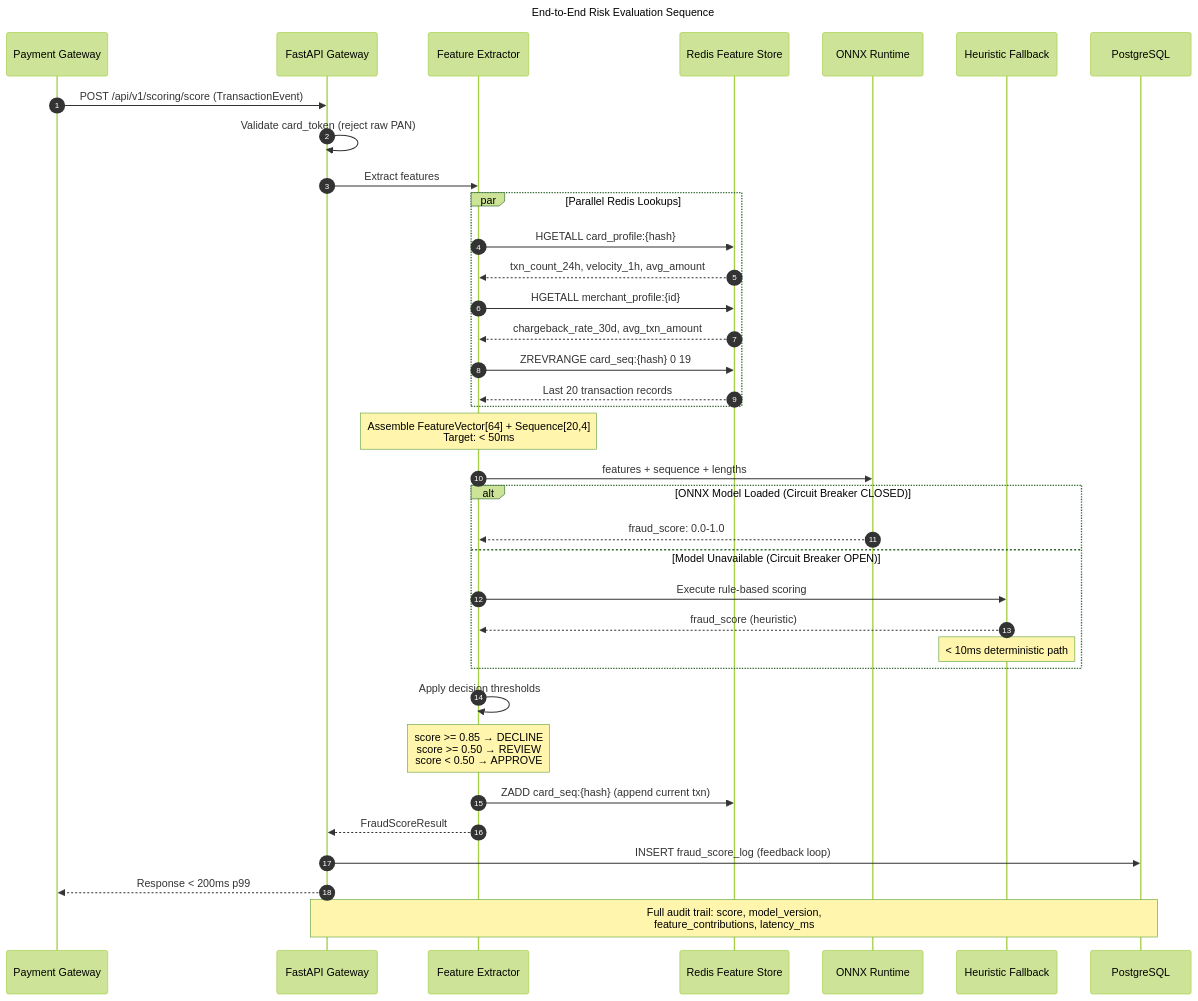
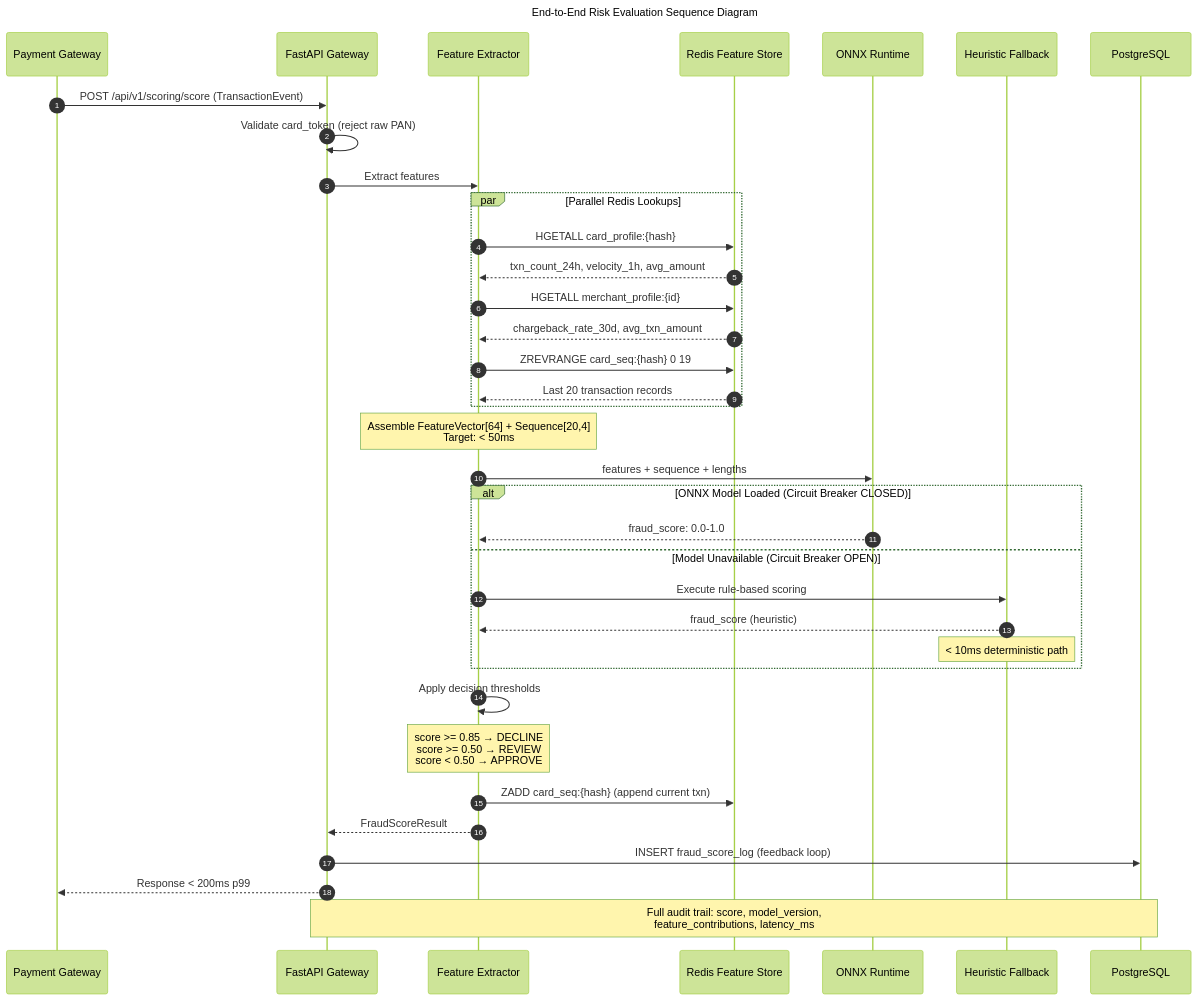
One commit to AbhinavKhareTech/toast-fraud-guardian changed the diagram in docs/diagrams/02-risk-evaluation-sequence.md. Above: the diagram before and after it, drawn with Mermaid (forest theme).

````diff
--- a/docs/diagrams/02-risk-evaluation-sequence.md
+++ b/docs/diagrams/02-risk-evaluation-sequence.md
@@ -1,50 +1,50 @@
 ```mermaid
 ---
-title: End-to-End Risk Evaluation Sequence
+title: End-to-End Risk Evaluation Sequence Diagram
 ---
 sequenceDiagram
     autonumber
     participant PG as Payment Gateway
     participant API as FastAPI Gateway
     participant FE as Feature Extractor
     participant REDIS as Redis Feature Store
     participant ONNX as ONNX Runtime
     participant HF as Heuristic Fallback
     participant DB as PostgreSQL
 
     PG->>API: POST /api/v1/scoring/score (TransactionEvent)
     API->>API: Validate card_token (reject raw PAN)
     API->>FE: Extract features
 
     par Parallel Redis Lookups
         FE->>REDIS: HGETALL card_profile:{hash}
         REDIS-->>FE: txn_count_24h, velocity_1h, avg_amount
         FE->>REDIS: HGETALL merchant_profile:{id}
         REDIS-->>FE: chargeback_rate_30d, avg_txn_amount
         FE->>REDIS: ZREVRANGE card_seq:{hash} 0 19
         REDIS-->>FE: Last 20 transaction records
     end
 
     Note over FE: Assemble FeatureVector[64] + Sequence[20,4]<br/>Target: < 50ms
 
     FE->>ONNX: features + sequence + lengths
 
     alt ONNX Model Loaded (Circuit Breaker CLOSED)
         ONNX-->>FE: fraud_score: 0.0-1.0
     else Model Unavailable (Circuit Breaker OPEN)
         FE->>HF: Execute rule-based scoring
         HF-->>FE: fraud_score (heuristic)
         Note over HF: < 10ms deterministic path
     end
 
     FE->>FE: Apply decision thresholds
     Note over FE: score >= 0.85 → DECLINE<br/>score >= 0.50 → REVIEW<br/>score < 0.50 → APPROVE
 
     FE->>REDIS: ZADD card_seq:{hash} (append current txn)
     FE-->>API: FraudScoreResult
 
     API->>DB: INSERT fraud_score_log (feedback loop)
     API-->>PG: Response < 200ms p99
 
     Note over API,DB: Full audit trail: score, model_version,<br/>feature_contributions, latency_ms
 ```
````
